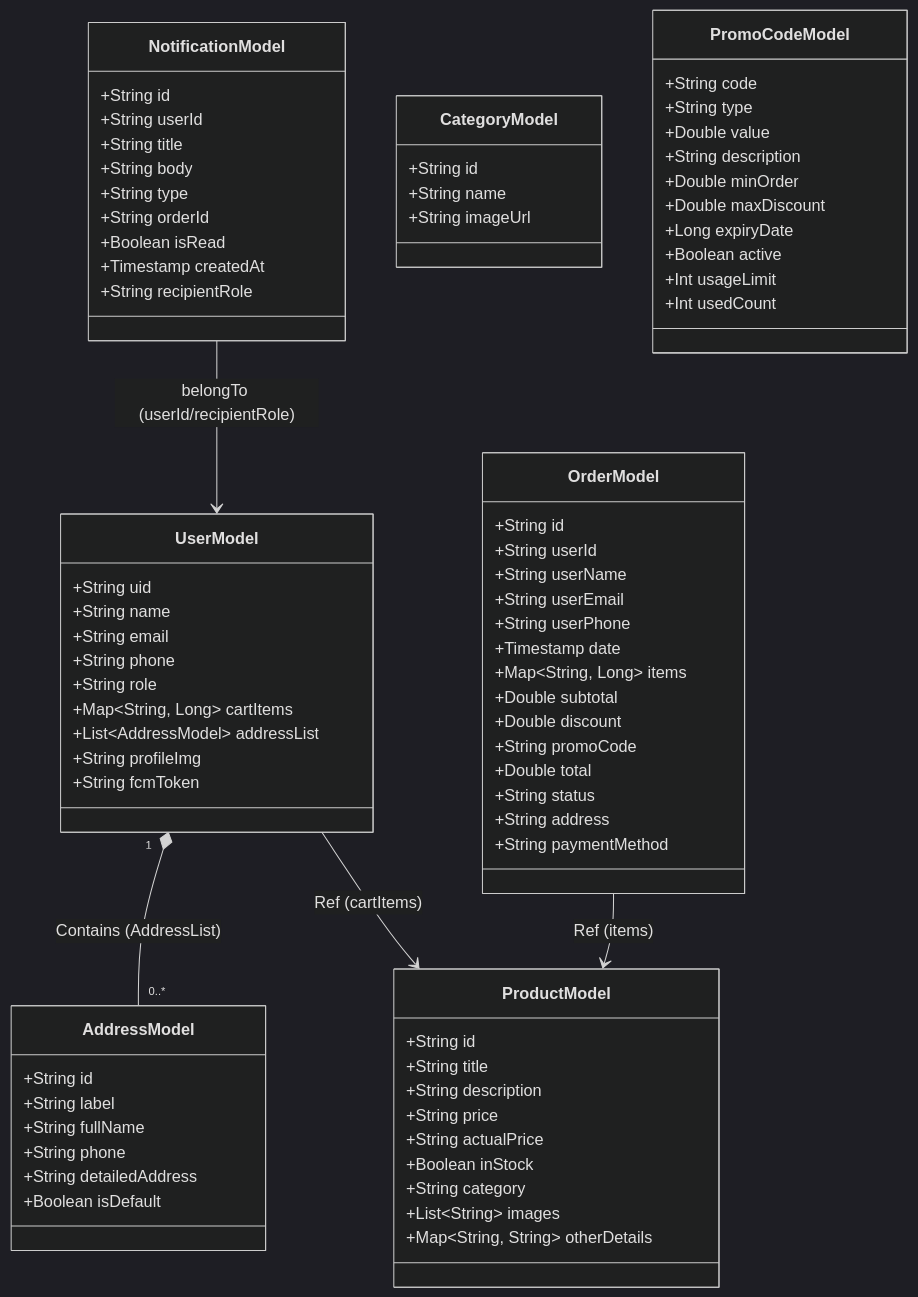
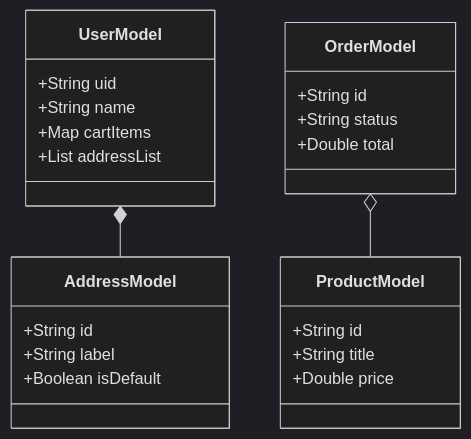
The third of 3 diagrams in README.md (dungcodedao/EasyShop), drawn with Mermaid (dark theme) before and after one commit. The commit also changed other lines of this file, not shown here.

````diff
--- a/README.md
+++ b/README.md
@@ -91,89 +90,26 @@
 ```mermaid
 classDiagram
-    %% Các mối quan hệ (Relationships)
-    UserModel "1" *-- "0..*" AddressModel : Contains (AddressList)
-    UserModel --> ProductModel : Ref (cartItems)
-    OrderModel --> ProductModel : Ref (items)
-    NotificationModel --> UserModel : belongTo (userId/recipientRole)
-    
     class UserModel {
-      +String uid
-      +String name
-      +String email
-      +String phone
-      +String role
-      +Map~String, Long~ cartItems
-      +List~AddressModel~ addressList
-      +String profileImg
-      +String fcmToken
+        +String uid
+        +String name
+        +Map cartItems
+        +List addressList
     }
-    
     class AddressModel {
-      +String id
-      +String label
-      +String fullName
-      +String phone
-      +String detailedAddress
-      +Boolean isDefault
+        +String id
+        +String label
+        +Boolean isDefault
     }
-    
     class ProductModel {
-      +String id
-      +String title
-      +String description
-      +String price
-      +String actualPrice
-      +Boolean inStock
-      +String category
-      +List~String~ images
-      +Map~String, String~ otherDetails
+        +String id
+        +String title
+        +Double price
     }
-    
     class OrderModel {
-      +String id
-      +String userId
-      +String userName
-      +String userEmail
-      +String userPhone
-      +Timestamp date
-      +Map~String, Long~ items
-      +Double subtotal
-      +Double discount
-      +String promoCode
-      +Double total
-      +String status
-      +String address
-      +String paymentMethod
+        +String id
+        +String status
+        +Double total
     }
-    
-    class CategoryModel {
-      +String id
-      +String name
-      +String imageUrl
-    }
-    
-    class PromoCodeModel {
-      +String code
-      +String type
-      +Double value
-      +String description
-      +Double minOrder
-      +Double maxDiscount
-      +Long expiryDate
-      +Boolean active
-      +Int usageLimit
-      +Int usedCount
-    }
-    
-    class NotificationModel {
-      +String id
-      +String userId
-      +String title
-      +String body
-      +String type
-      +String orderId
-      +Boolean isRead
-      +Timestamp createdAt
-      +String recipientRole
-    }
+    UserModel *-- AddressModel
+    OrderModel o-- ProductModel
 ```
````
